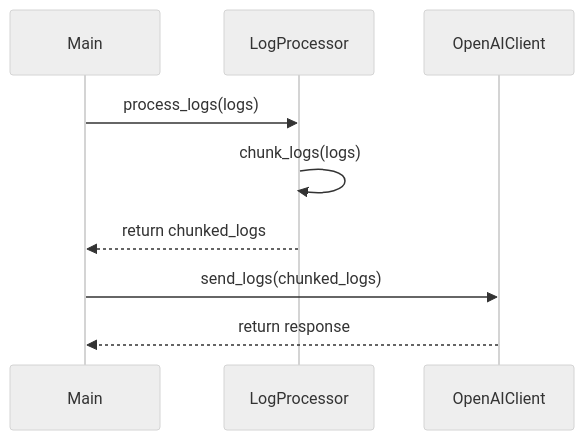
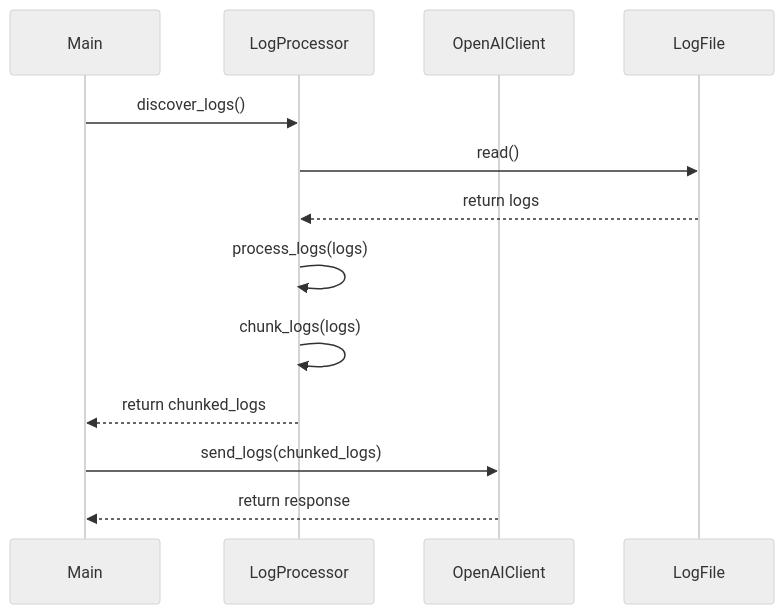
Before and after one commit to sfxworks/log_processor: the diagram in resources/seq_flow/20240530040709.mmd, drawn with Mermaid (neutral theme). The commit also changed 22 other files, not shown here.

```diff
--- a/resources/seq_flow/20240530040709.mmd
+++ b/resources/seq_flow/20240530040709.mmd
@@ -1,10 +1,14 @@
 
 sequenceDiagram
     participant M as Main
     participant LP as LogProcessor
     participant OC as OpenAIClient
-    M->>LP: process_logs(logs)
+    participant LF as LogFile
+    M->>LP: discover_logs()
+    LP->>LF: read()
+    LF-->>LP: return logs
+    LP->>LP: process_logs(logs)
     LP->>LP: chunk_logs(logs)
     LP-->>M: return chunked_logs
     M->>OC: send_logs(chunked_logs)
     OC-->>M: return response
```
